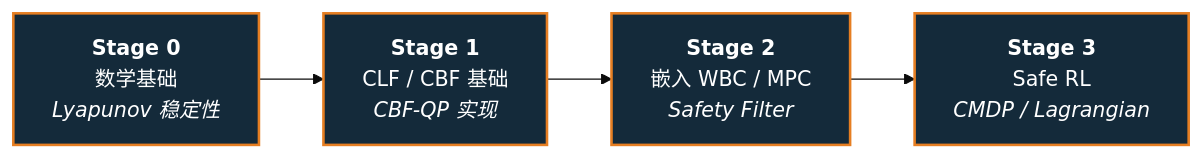
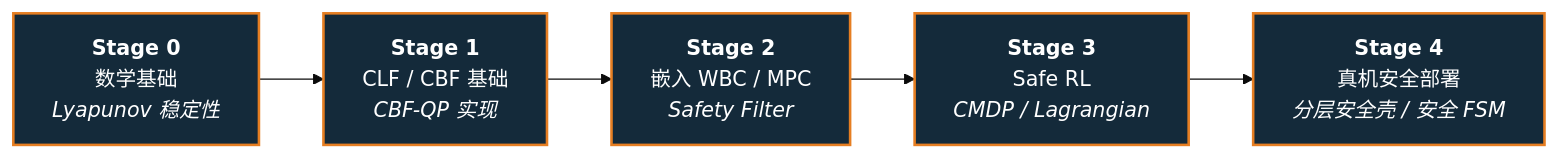
Before and after one commit to ImChong/Robotics_Notebooks: the diagram in roadmap/depth-safe-control.md, drawn with Mermaid (base theme). The commit also changed other lines of this file and 9 other files, not shown here.

First line of the commit message:
docs(roadmap): 安全控制纵深路线新增 Stage 4 真机安全部署

````diff
--- a/roadmap/depth-safe-control.md
+++ b/roadmap/depth-safe-control.md
@@ -7,12 +7,13 @@
 ```mermaid
 flowchart LR
   S0["<b>Stage 0</b><br/>数学基础<br/><em>Lyapunov 稳定性</em>"]
   S1["<b>Stage 1</b><br/>CLF / CBF 基础<br/><em>CBF-QP 实现</em>"]
   S2["<b>Stage 2</b><br/>嵌入 WBC / MPC<br/><em>Safety Filter</em>"]
   S3["<b>Stage 3</b><br/>Safe RL<br/><em>CMDP / Lagrangian</em>"]
+  S4["<b>Stage 4</b><br/>真机安全部署<br/><em>分层安全壳 / 安全 FSM</em>"]
 
-  S0 --> S1 --> S2 --> S3
+  S0 --> S1 --> S2 --> S3 --> S4
 
   classDef stage fill:#142a3a,stroke:#e67e22,stroke-width:2px,color:#fff
-  class S0,S1,S2,S3 stage
+  class S0,S1,S2,S3,S4 stage
 ```
````
